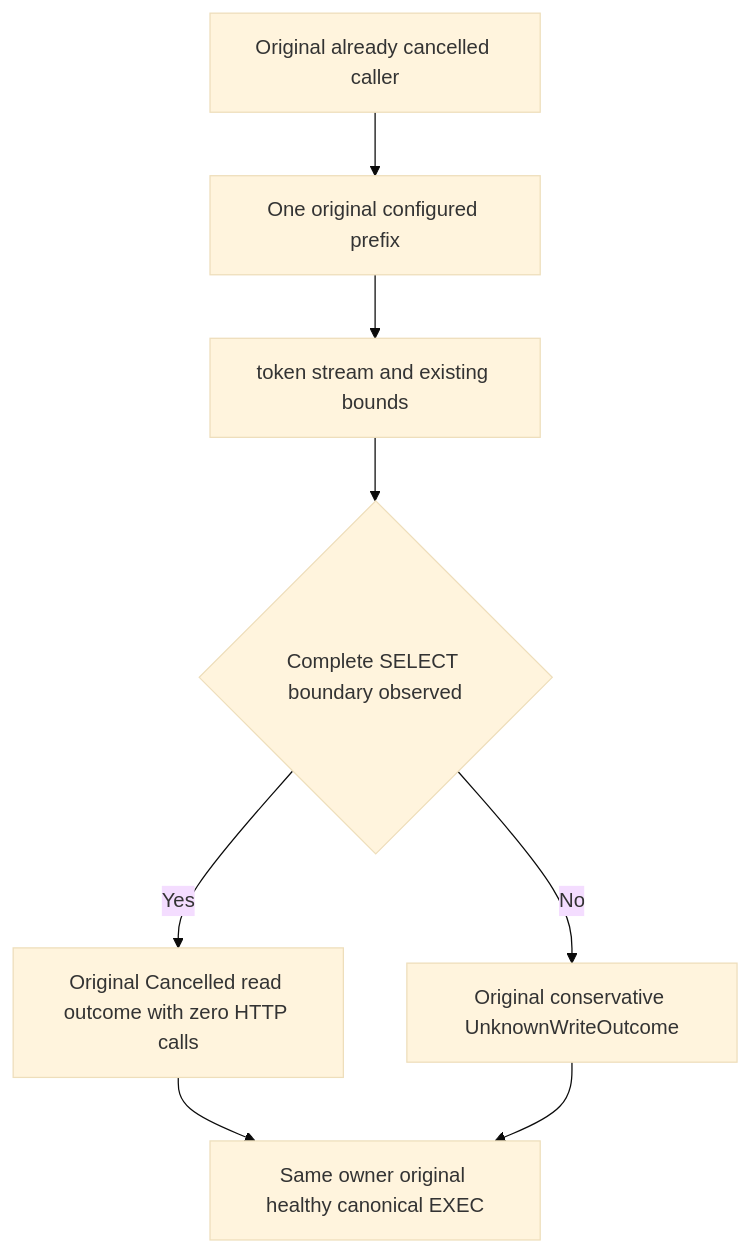
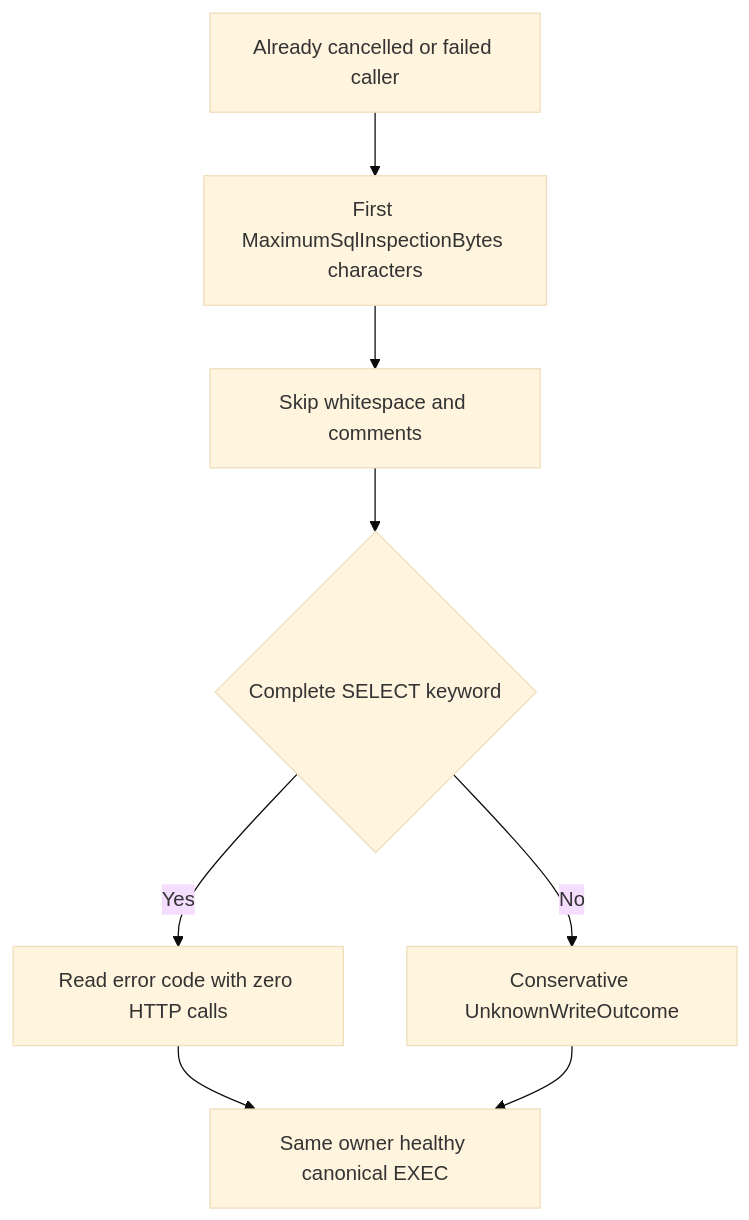
The diagram in docs/Features/QueryExecution/PreCancelledSdkSqlInspection.md (managedcode/KeyLoad), drawn with Mermaid (base theme) before and after one commit. The commit also changed other lines of this file and 38 other files, not shown here.

````diff
--- a/docs/Features/QueryExecution/PreCancelledSdkSqlInspection.md
+++ b/docs/Features/QueryExecution/PreCancelledSdkSqlInspection.md
@@ -14,10 +12,10 @@
 ```mermaid
 flowchart TD
-  Token[Original already cancelled caller] --> Prefix[One original configured prefix]
-  Prefix --> Execution[token stream and existing bounds]
-  Execution --> Boundary{Complete SELECT boundary observed}
-  Boundary -->|Yes| Read[Original Cancelled read outcome with zero HTTP calls]
-  Boundary -->|No| Write[Original conservative UnknownWriteOutcome]
-  Read --> Healthy[Same owner original healthy canonical EXEC]
+  Token[Already cancelled or failed caller] --> Prefix[First MaximumSqlInspectionBytes characters]
+  Prefix --> Trivia[Skip whitespace and comments]
+  Trivia --> Boundary{Complete SELECT keyword}
+  Boundary -->|Yes| Read[Read error code with zero HTTP calls]
+  Boundary -->|No| Write[Conservative UnknownWriteOutcome]
+  Read --> Healthy[Same owner healthy canonical EXEC]
   Write --> Healthy
 ```
````
